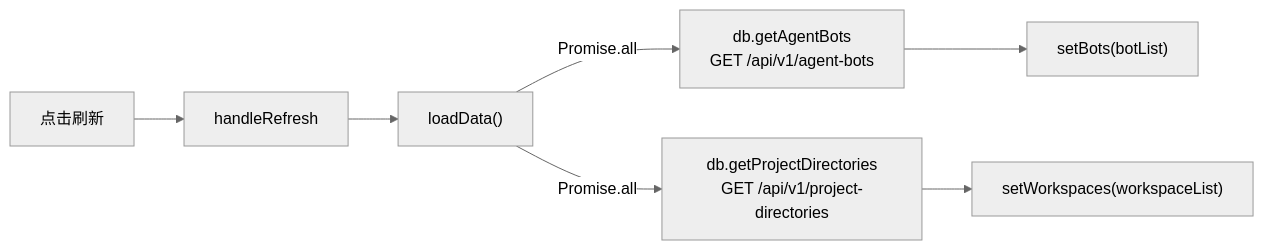
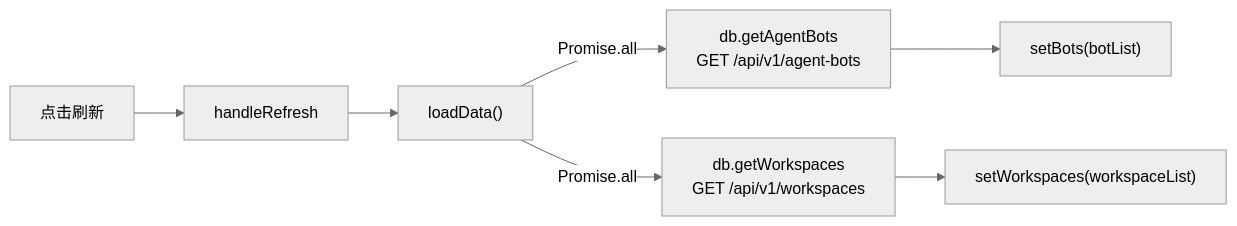
The first of 4 diagrams in frontend/src/help/pages/assistant-refresh.md (weibaohui/ntd), drawn with Mermaid (neutral theme) before and after one commit. The commit also changed other lines of this file and 122 other files, not shown here.

````diff
--- a/frontend/src/help/pages/assistant-refresh.md
+++ b/frontend/src/help/pages/assistant-refresh.md
@@ -8,9 +8,9 @@
 ```mermaid
 flowchart LR
   User["点击刷新"] --> handleRefresh["handleRefresh"]
   handleRefresh --> loadData["loadData()"]
   loadData -->|"Promise.all"| API1["db.getAgentBots<br>GET /api/v1/agent-bots"]
-  loadData -->|"Promise.all"| API2["db.getProjectDirectories<br>GET /api/v1/project-directories"]
+  loadData -->|"Promise.all"| API2["db.getWorkspaces<br>GET /api/v1/workspaces"]
   API1 --> setBots["setBots(botList)"]
   API2 --> setWorkspaces["setWorkspaces(workspaceList)"]
 ```
````
